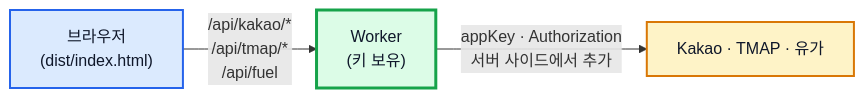
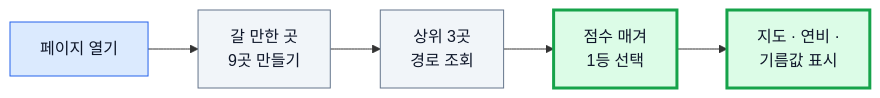
The second of 2 diagrams in SPEC.md (rome777/aiffel_test), drawn with Mermaid before and after one commit. The commit also changed other lines of this file and 6 other files, not shown here.

````diff
--- a/SPEC.md
+++ b/SPEC.md
@@ -265,11 +55,10 @@
 ```mermaid
 graph LR
-    B["브라우저<br/>(dist/index.html)"] -->|"/api/kakao/*<br/>/api/tmap/*<br/>/api/fuel"| W["Worker<br/>(키 보유)"]
-    W -->|"appKey · Authorization<br/>서버 사이드에서 추가"| E["Kakao · TMAP · 유가"]
-    classDef b fill:#dbeafe,stroke:#2563eb,stroke-width:2px,color:#0f172a
-    classDef w fill:#dcfce7,stroke:#16a34a,stroke-width:3px,color:#0f172a
-    classDef e fill:#fef3c7,stroke:#d97706,stroke-width:2px,color:#0f172a
-    class B b
-    class W w
-    class E e
+    A["페이지 열기"] --> B["갈 만한 곳<br/>9곳 만들기"] --> C["상위 3곳<br/>경로 조회"] --> D["점수 매겨<br/>1등 선택"] --> E["지도 · 연비 ·<br/>기름값 표시"]
+    classDef a fill:#dbeafe,stroke:#2563eb,color:#0f172a
+    classDef b fill:#f1f5f9,stroke:#64748b,color:#0f172a
+    classDef c fill:#dcfce7,stroke:#16a34a,stroke-width:3px,color:#0f172a
+    class A a
+    class B,C b
+    class D,E c
 ```
````
